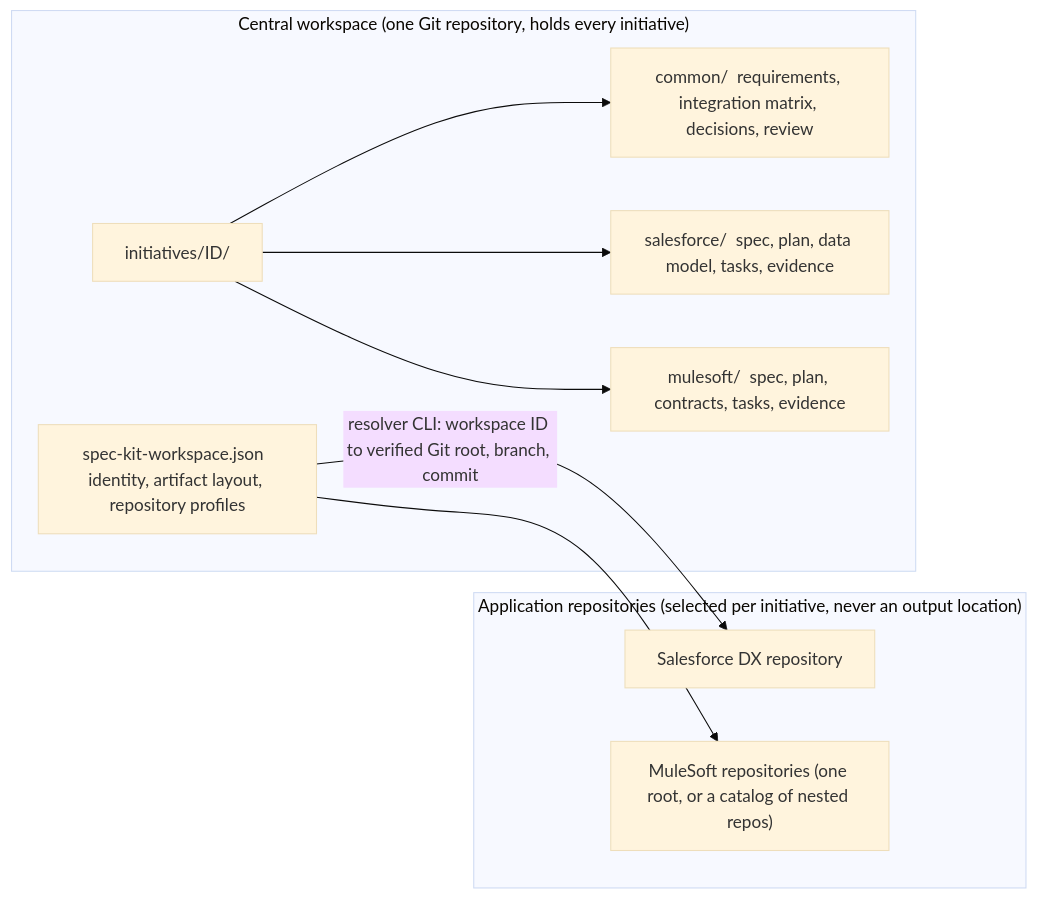
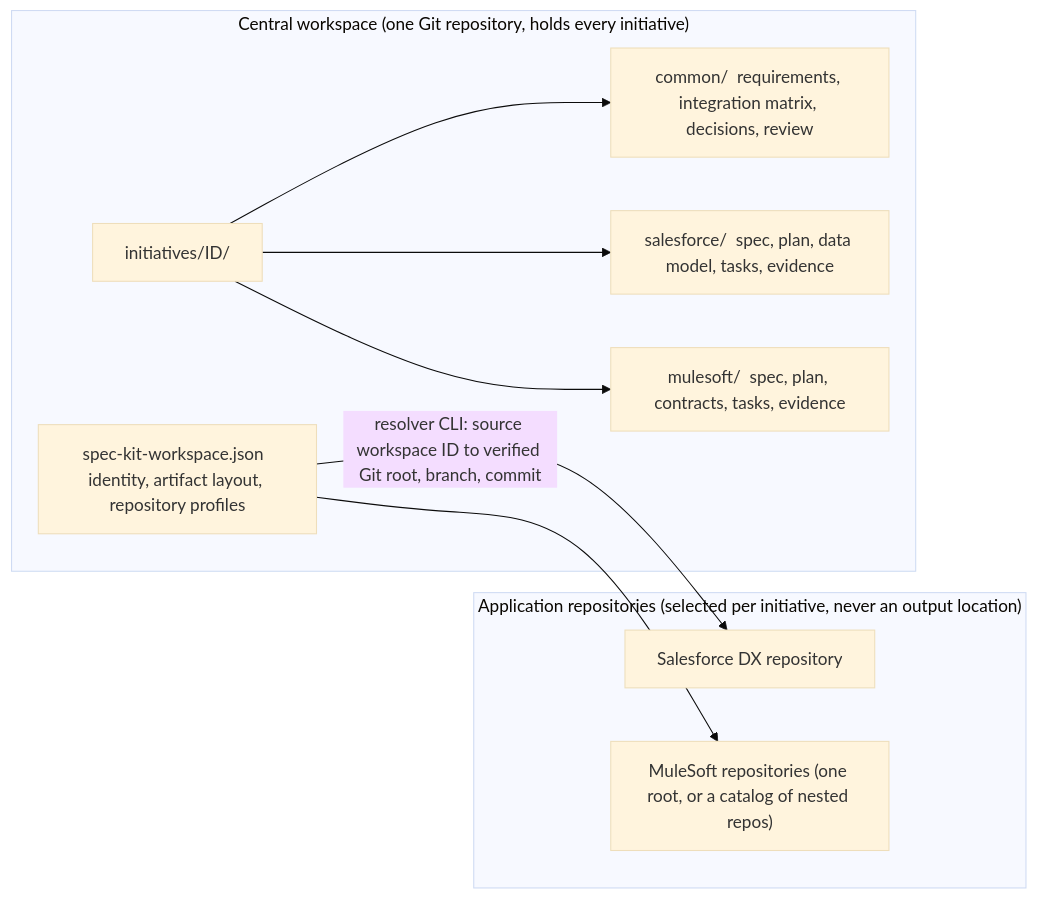
One commit to ValerioJiang/mulesoft-spec-kit changed the fourth of 4 diagrams in README.md. Above: the diagram before and after it, drawn with Mermaid (base theme). The commit also changed other lines of this file and 68 other files, not shown here.

````diff
--- a/README.md
+++ b/README.md
@@ -123,16 +123,16 @@
 ```mermaid
 graph LR
     subgraph WS ["Central workspace (one Git repository, holds every initiative)"]
         M["spec-kit-workspace.json  identity, artifact layout, repository profiles"]
         INIT["initiatives/ID/"]
         INIT --> COM["common/  requirements, integration matrix, decisions, review"]
         INIT --> SF["salesforce/  spec, plan, data model, tasks, evidence"]
         INIT --> MU["mulesoft/  spec, plan, contracts, tasks, evidence"]
     end
     subgraph APPS ["Application repositories (selected per initiative, never an output location)"]
         CRM["Salesforce DX repository"]
         API["MuleSoft repositories (one root, or a catalog of nested repos)"]
     end
-    M -- "resolver CLI: workspace ID to verified Git root, branch, commit" --> CRM
+    M -- "resolver CLI: source workspace ID to verified Git root, branch, commit" --> CRM
     M --> API
 ```
````
